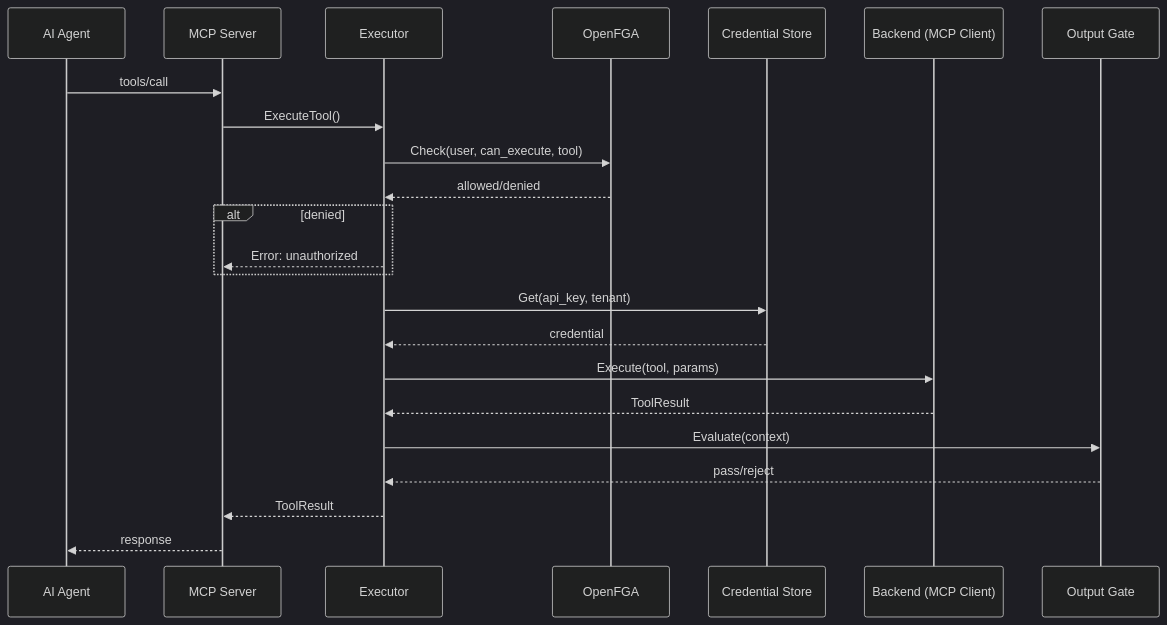
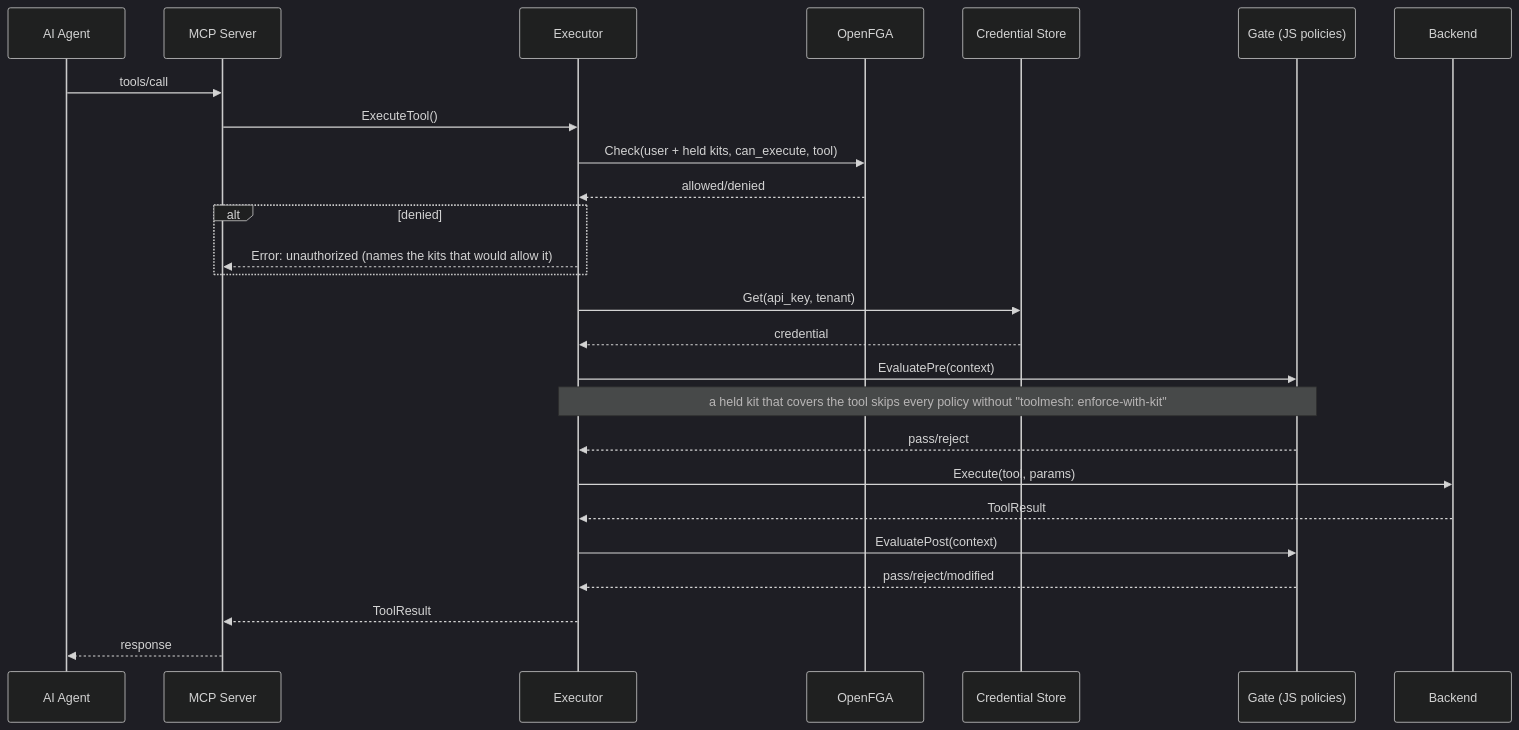
Before and after one commit to DunkelCloud/ToolMesh: the diagram in docs/architecture.md, drawn with Mermaid (dark theme). The commit also changed other lines of this file and 44 other files, not shown here.

First line of the commit message:
feat: pre-gate policy by caller class and access class; a held kit replaces the pre-execution gate (#129)

````diff
--- a/docs/architecture.md
+++ b/docs/architecture.md
@@ -108,26 +110,29 @@
 ```mermaid
 sequenceDiagram
     participant Agent as AI Agent
     participant MCP as MCP Server
     participant Exec as Executor
     participant FGA as OpenFGA
     participant Cred as Credential Store
-    participant Back as Backend (MCP Client)
-    participant Gate as Output Gate
+    participant Gate as Gate (JS policies)
+    participant Back as Backend
 
     Agent->>MCP: tools/call
     MCP->>Exec: ExecuteTool()
-    Exec->>FGA: Check(user, can_execute, tool)
+    Exec->>FGA: Check(user + held kits, can_execute, tool)
     FGA-->>Exec: allowed/denied
     alt denied
-        Exec-->>MCP: Error: unauthorized
+        Exec-->>MCP: Error: unauthorized (names the kits that would allow it)
     end
     Exec->>Cred: Get(api_key, tenant)
     Cred-->>Exec: credential
+    Exec->>Gate: EvaluatePre(context)
+    Note over Exec,Gate: a held kit that covers the tool skips every policy without "toolmesh: enforce-with-kit"
+    Gate-->>Exec: pass/reject
     Exec->>Back: Execute(tool, params)
     Back-->>Exec: ToolResult
-    Exec->>Gate: Evaluate(context)
-    Gate-->>Exec: pass/reject
+    Exec->>Gate: EvaluatePost(context)
+    Gate-->>Exec: pass/reject/modified
     Exec-->>MCP: ToolResult
     MCP-->>Agent: response
 ```
````
